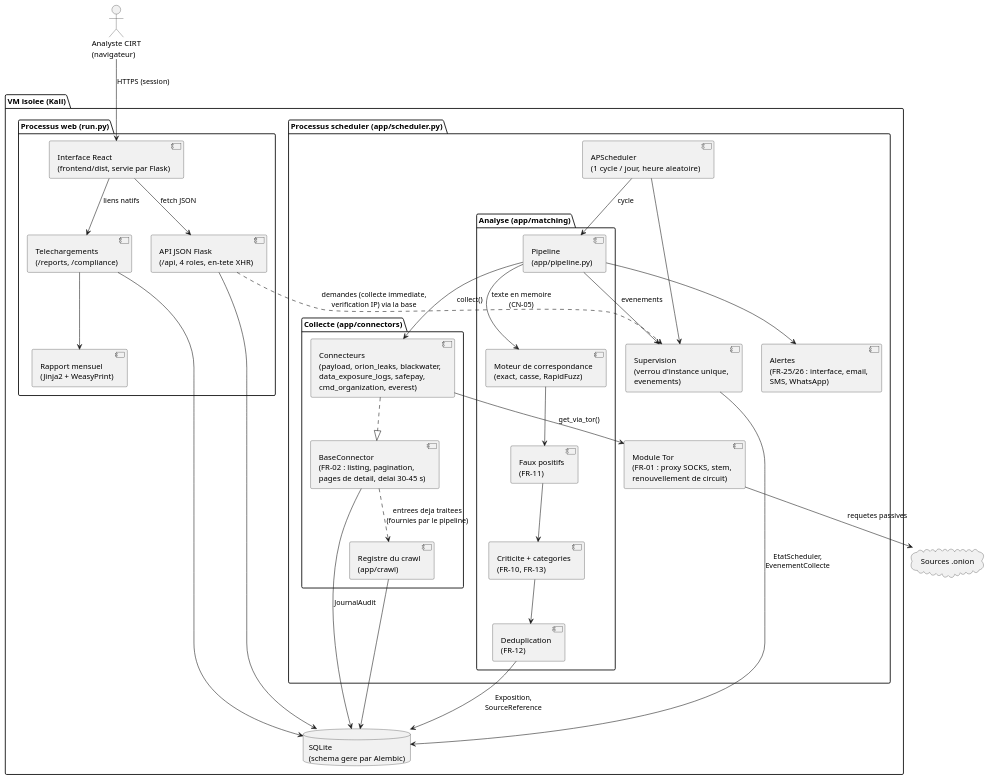
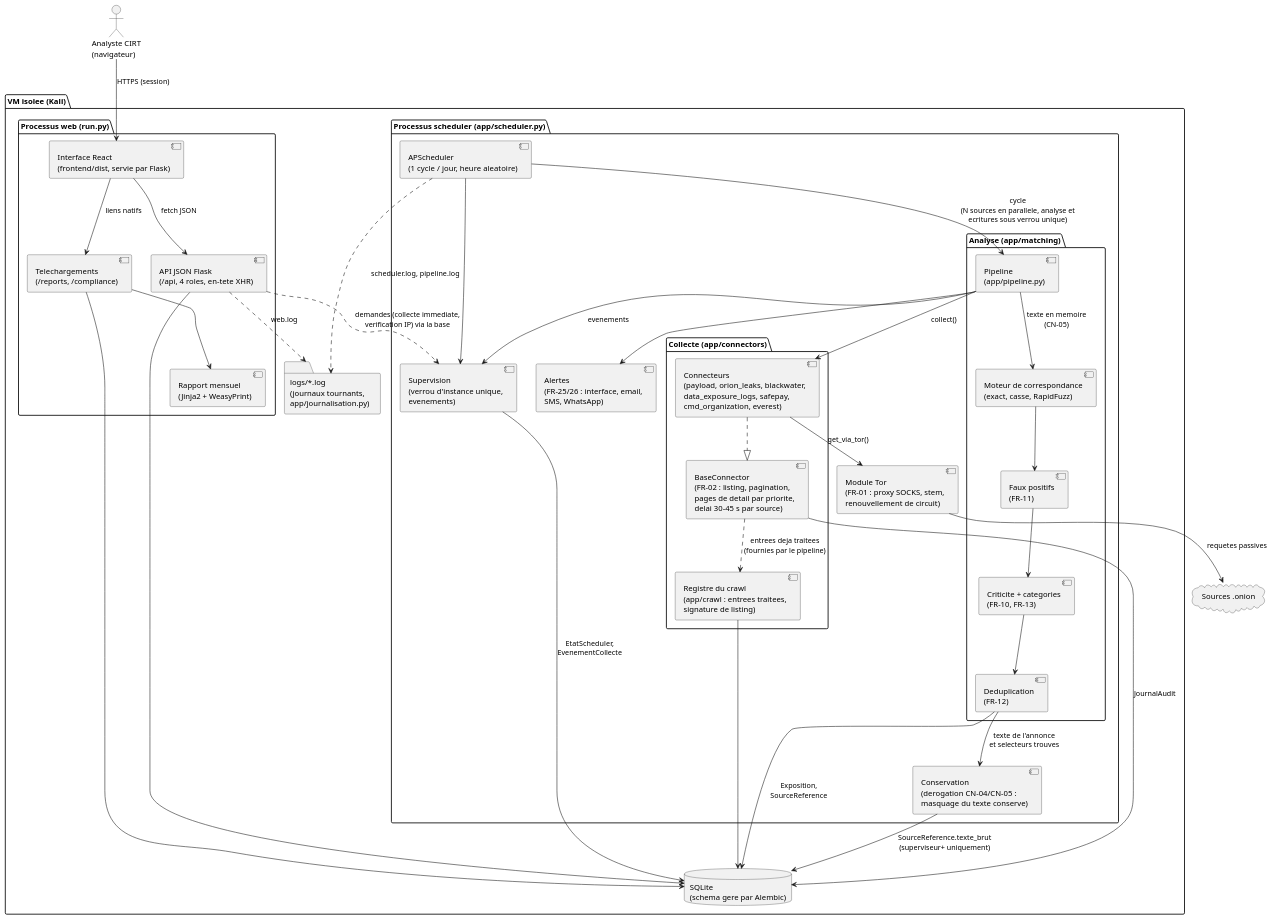
Before and after one commit to vnyay1/dark-web-monitoring: the diagram in docs/uml/components.puml, drawn with PlantUML. The commit also changed 3 other files, not shown here.

Commit message:
feat(docs): update UML diagrams and README for enhanced clarity on data collection and processing

```diff
--- a/docs/uml/components.puml
+++ b/docs/uml/components.puml
@@ -1,71 +1,77 @@
 @startuml Components_DarkWebMonitoring
 
 ' Architecture de Sentinel : deux processus Python sur la VM de collecte,
 ' qui ne communiquent que par la base de donnees.
 
 package "VM isolee (Kali)" {
 
   package "Processus scheduler (app/scheduler.py)" {
     component "APScheduler\n(1 cycle / jour, heure aleatoire)" as Scheduler
     component "Supervision\n(verrou d'instance unique,\nevenements)" as Supervision
 
     package "Collecte (app/connectors)" {
-      component "BaseConnector\n(FR-02 : listing, pagination,\npages de detail, delai 30-45 s)" as BaseConnector
+      component "BaseConnector\n(FR-02 : listing, pagination,\npages de detail par priorite,\ndelai 30-45 s par source)" as BaseConnector
       component "Connecteurs\n(payload, orion_leaks, blackwater,\ndata_exposure_logs, safepay,\ncmd_organization, everest)" as Connecteurs
-      component "Registre du crawl\n(app/crawl)" as Registre
+      component "Registre du crawl\n(app/crawl : entrees traitees,\nsignature de listing)" as Registre
     }
 
     component "Module Tor\n(FR-01 : proxy SOCKS, stem,\nrenouvellement de circuit)" as Tor
 
     package "Analyse (app/matching)" {
       component "Pipeline\n(app/pipeline.py)" as Pipeline
       component "Moteur de correspondance\n(exact, casse, RapidFuzz)" as Engine
       component "Faux positifs\n(FR-11)" as Exclusion
       component "Criticite + categories\n(FR-10, FR-13)" as Criticite
       component "Deduplication\n(FR-12)" as Dedup
     }
 
     component "Alertes\n(FR-25/26 : interface, email,\nSMS, WhatsApp)" as Alertes
+    component "Conservation\n(derogation CN-04/CN-05 :\nmasquage du texte conserve)" as Conservation
   }
 
   package "Processus web (run.py)" {
     component "API JSON Flask\n(/api, 4 roles, en-tete XHR)" as API
     component "Telechargements\n(/reports, /compliance)" as Downloads
     component "Rapport mensuel\n(Jinja2 + WeasyPrint)" as PDF
     component "Interface React\n(frontend/dist, servie par Flask)" as SPA
   }
 
   database "SQLite\n(schema gere par Alembic)" as DB
+  folder "logs/*.log\n(journaux tournants,\napp/journalisation.py)" as Logs
 }
 
 actor "Analyste CIRT\n(navigateur)" as Analyste
 cloud "Sources .onion" as Onion
 
-Scheduler --> Pipeline : cycle
+Scheduler --> Pipeline : cycle\n(N sources en parallele, analyse et\necritures sous verrou unique)
 Scheduler --> Supervision
 Connecteurs ..|> BaseConnector
 Pipeline --> Connecteurs : collect()
 Connecteurs --> Tor : get_via_tor()
 Tor --> Onion : requetes passives
 BaseConnector ..> Registre : entrees deja traitees\n(fournies par le pipeline)
 
 Pipeline --> Engine : texte en memoire\n(CN-05)
 Engine --> Exclusion
 Exclusion --> Criticite
 Criticite --> Dedup
 Dedup --> DB : Exposition,\nSourceReference
+Dedup --> Conservation : texte de l'annonce\net selecteurs trouves
+Conservation --> DB : SourceReference.texte_brut\n(superviseur+ uniquement)
 Pipeline --> Alertes
 Pipeline --> Supervision : evenements
 Registre --> DB
 Supervision --> DB : EtatScheduler,\nEvenementCollecte
 BaseConnector --> DB : JournalAudit
 
 Analyste --> SPA : HTTPS (session)
 SPA --> API : fetch JSON
 SPA --> Downloads : liens natifs
 Downloads --> PDF
 API --> DB
 Downloads --> DB
 API ..> Supervision : demandes (collecte immediate,\nverification IP) via la base
+Scheduler ..> Logs : scheduler.log, pipeline.log
+API ..> Logs : web.log
 
 @enduml
```
